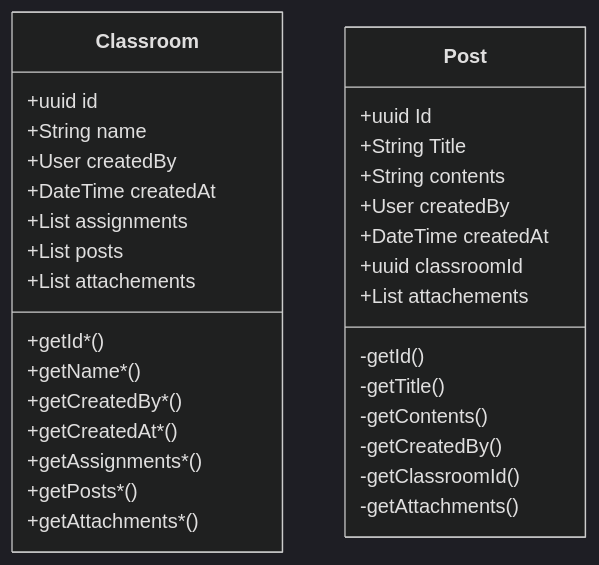
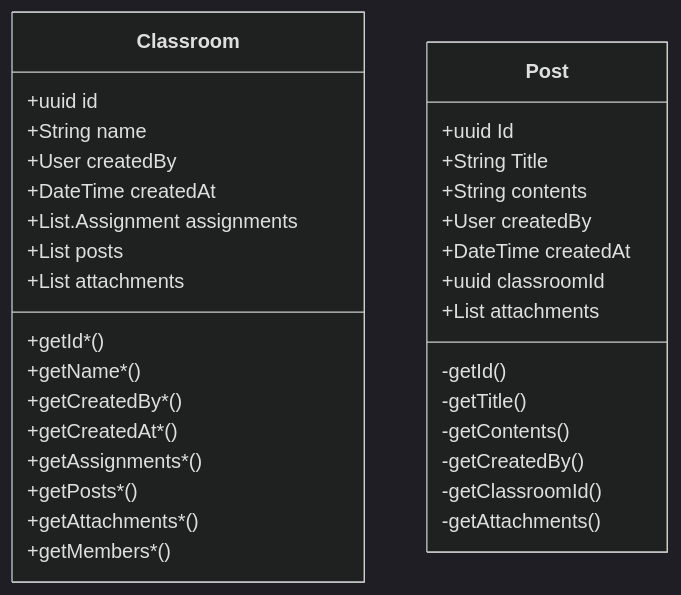
The diagram in documentation/diagrams/classes.mermaid (Pollak-Projects/lp), drawn with Mermaid (dark theme) before and after one commit.

Commit message:
typo fix

```diff
--- a/documentation/diagrams/classes.mermaid
+++ b/documentation/diagrams/classes.mermaid
@@ -1,36 +1,38 @@
 classDiagram
 
     class Classroom{
       +uuid id
       +String name
       +User createdBy
       +DateTime createdAt
-      +List<Assignment> assignments
+      +List.Assignment assignments
       +List<Post> posts
-      +List<Attachment> attachements
+      +List<Attachment> attachments
+
       
       +getId*()
       +getName*()
       +getCreatedBy*()
       +getCreatedAt*()
       +getAssignments*()
       +getPosts*()
       +getAttachments*()
+      +getMembers*()
     }
 
     class Post{
       +uuid Id
       +String Title
       +String contents
       +User createdBy
       +DateTime createdAt
       +uuid classroomId
-      +List<Attachment> attachements
+      +List<Attachment> attachments
 
       -getId()
       -getTitle()
       -getContents()
       -getCreatedBy()
       -getClassroomId()
       -getAttachments()
     }
```
